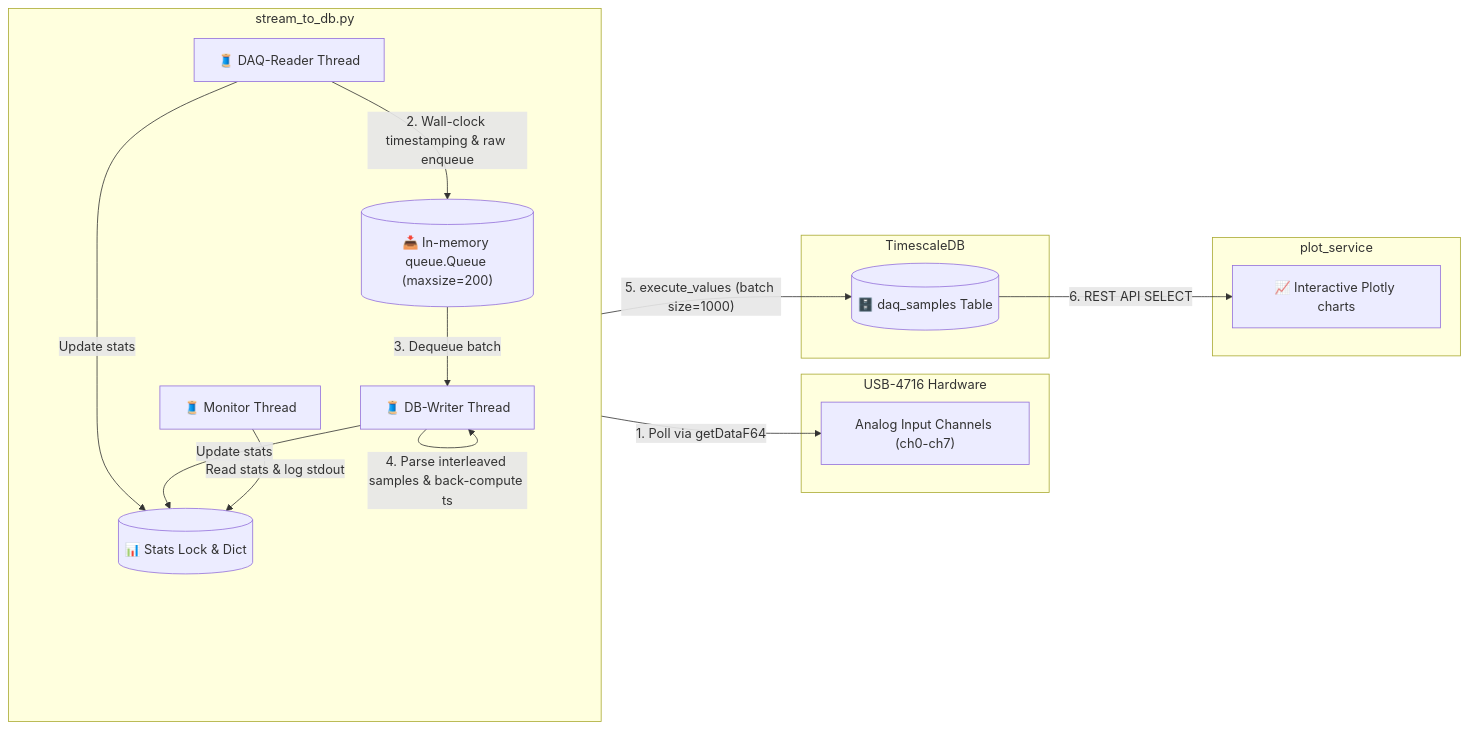
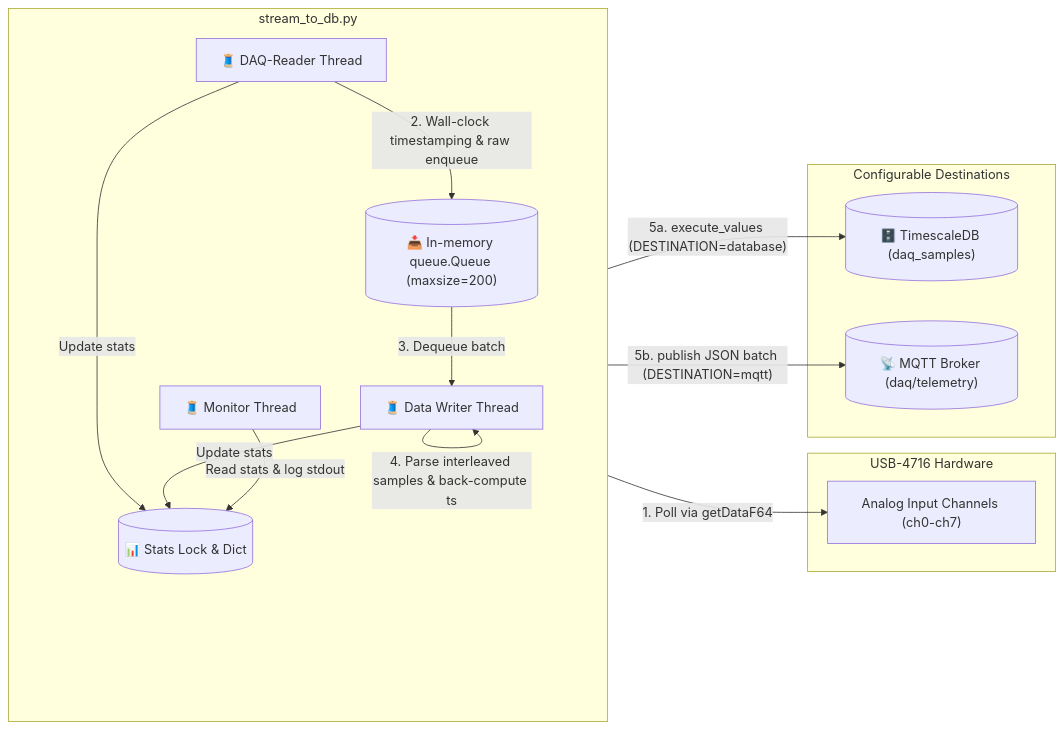
The third of 3 diagrams in README.md (Faiisu/DAQ-USB-4716), drawn with Mermaid before and after one commit. The commit also changed other lines of this file and 12 other files, not shown here.

Commit message:
update sending data through mqtt

````diff
--- a/README.md
+++ b/README.md
@@ -86,34 +89,31 @@
 ```mermaid
 graph LR
     subgraph HW [USB-4716 Hardware]
         AI["Analog Input Channels (ch0-ch7)"]
     end
 
     subgraph Pipeline [stream_to_db.py]
         direction TB
         DAQThread["🧵 DAQ-Reader Thread"]
         Queue[("📥 In-memory queue.Queue (maxsize=200)")]
-        DBThread["🧵 DB-Writer Thread"]
+        WriterThread["🧵 Data Writer Thread"]
         Stats[("📊 Stats Lock & Dict")]
         MonitorThread["🧵 Monitor Thread"]
 
         DAQThread -->|1. Poll via getDataF64| AI
         DAQThread -->|2. Wall-clock timestamping & raw enqueue| Queue
         DAQThread -->|Update stats| Stats
-        Queue -->|3. Dequeue batch| DBThread
-        DBThread -->|4. Parse interleaved samples & back-compute ts| DBThread
-        DBThread -->|Update stats| Stats
+        Queue -->|3. Dequeue batch| WriterThread
+        WriterThread -->|4. Parse interleaved samples & back-compute ts| WriterThread
+        WriterThread -->|Update stats| Stats
         MonitorThread -->|Read stats & log stdout| Stats
     end
 
-    subgraph PostgreSQL [TimescaleDB]
-        daq_samples[("🗄️ daq_samples Table")]
+    subgraph Targets [Configurable Destinations]
+        TimescaleDB[("🗄️ TimescaleDB (daq_samples)")]
+        MQTTBroker[("📡 MQTT Broker (daq/telemetry)")]
     end
 
-    subgraph Plot [plot_service]
-        Plotter["📈 Interactive Plotly charts"]
-    end
-
-    DBThread -->|"5. execute_values (batch size=1000)"| daq_samples
-    daq_samples -->|6. REST API SELECT| Plotter
+    WriterThread -->|"5a. execute_values (DESTINATION=database)"| TimescaleDB
+    WriterThread -->|"5b. publish JSON batch (DESTINATION=mqtt)"| MQTTBroker
 ```
````
